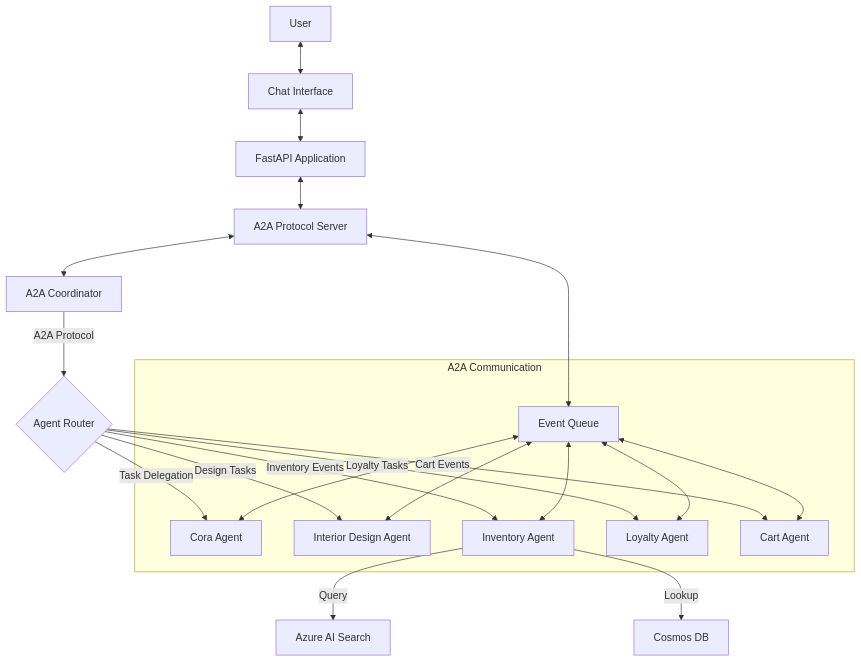
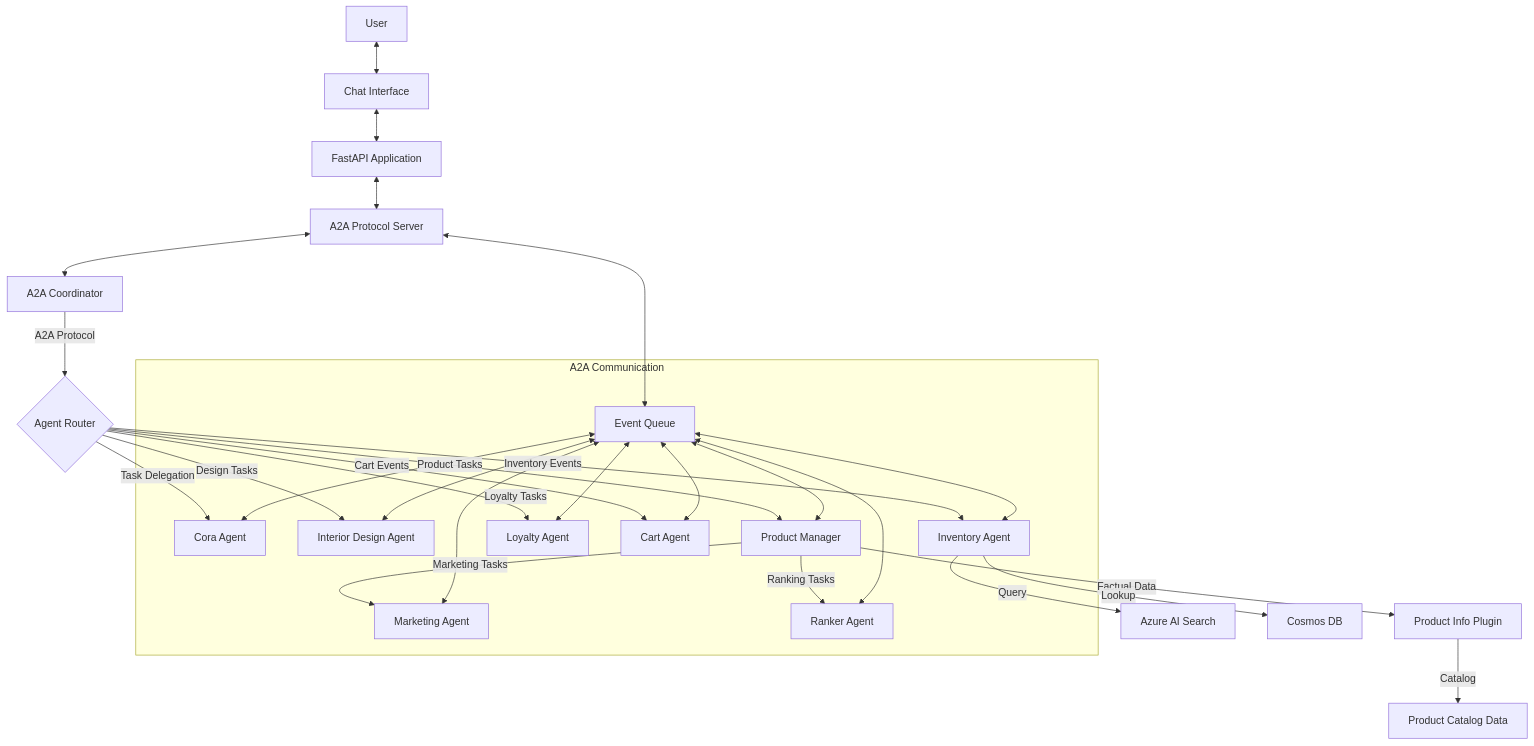
Before and after one commit to Cloud2BR-MSFTLearningHub/Agentic-DevOps-AI-Shopping: the diagram in README.md, drawn with Mermaid. The commit also changed other lines of this file and 16 other files, not shown here.

Commit message:
product management agent with demo task delegation

````diff
--- a/README.md
+++ b/README.md
@@ -68,26 +74,35 @@
 ```mermaid
 graph TD
     User[User] <--> UI[Chat Interface]
     UI <--> App[FastAPI Application]
     App <--> A2A[A2A Protocol Server]
     A2A <--> EventQueue[Event Queue]
     A2A <--> Coordinator[A2A Coordinator]
     
     Coordinator -->|A2A Protocol| Router{Agent Router}
     Router -->|Task Delegation| Cora[Cora Agent]
     Router -->|Design Tasks| Design[Interior Design Agent]
     Router -->|Inventory Events| Inventory[Inventory Agent]
     Router -->|Loyalty Tasks| Loyalty[Loyalty Agent]
     Router -->|Cart Events| Cart[Cart Agent]
+    Router -->|Product Tasks| ProductMgr[Product Manager]
+    
+    ProductMgr -->|Marketing Tasks| Marketing[Marketing Agent]
+    ProductMgr -->|Ranking Tasks| Ranker[Ranker Agent]
+    ProductMgr -->|Factual Data| Plugin[Product Info Plugin]
     
     subgraph "A2A Communication"
         EventQueue <--> Cora
         EventQueue <--> Design
         EventQueue <--> Inventory
         EventQueue <--> Loyalty
         EventQueue <--> Cart
+        EventQueue <--> ProductMgr
+        EventQueue <--> Marketing
+        EventQueue <--> Ranker
     end
     
     Inventory -->|Query| Search[Azure AI Search]
     Inventory -->|Lookup| Cosmos[Cosmos DB]
+    Plugin -->|Catalog| PredefinedData[Product Catalog Data]
 ```
````
